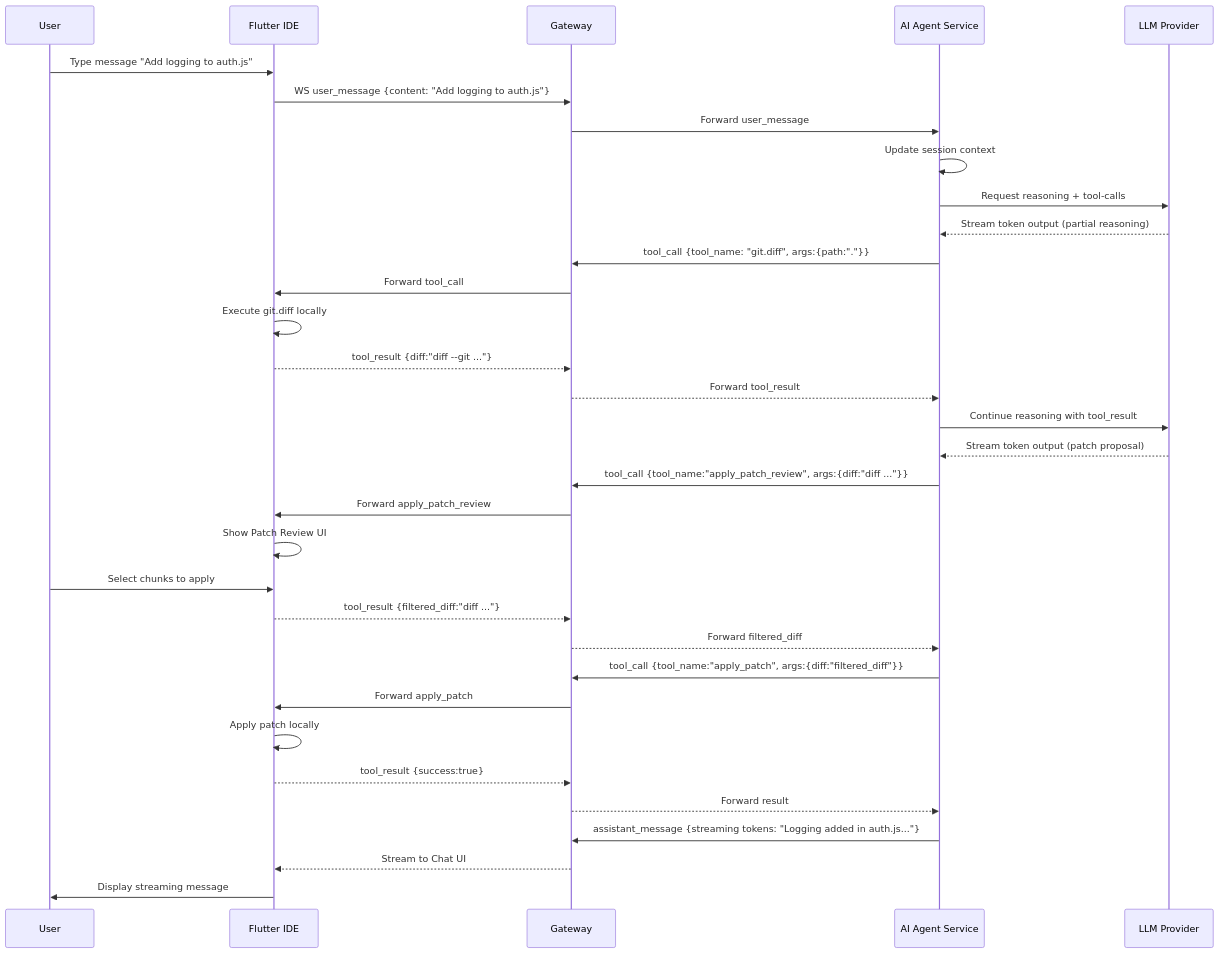
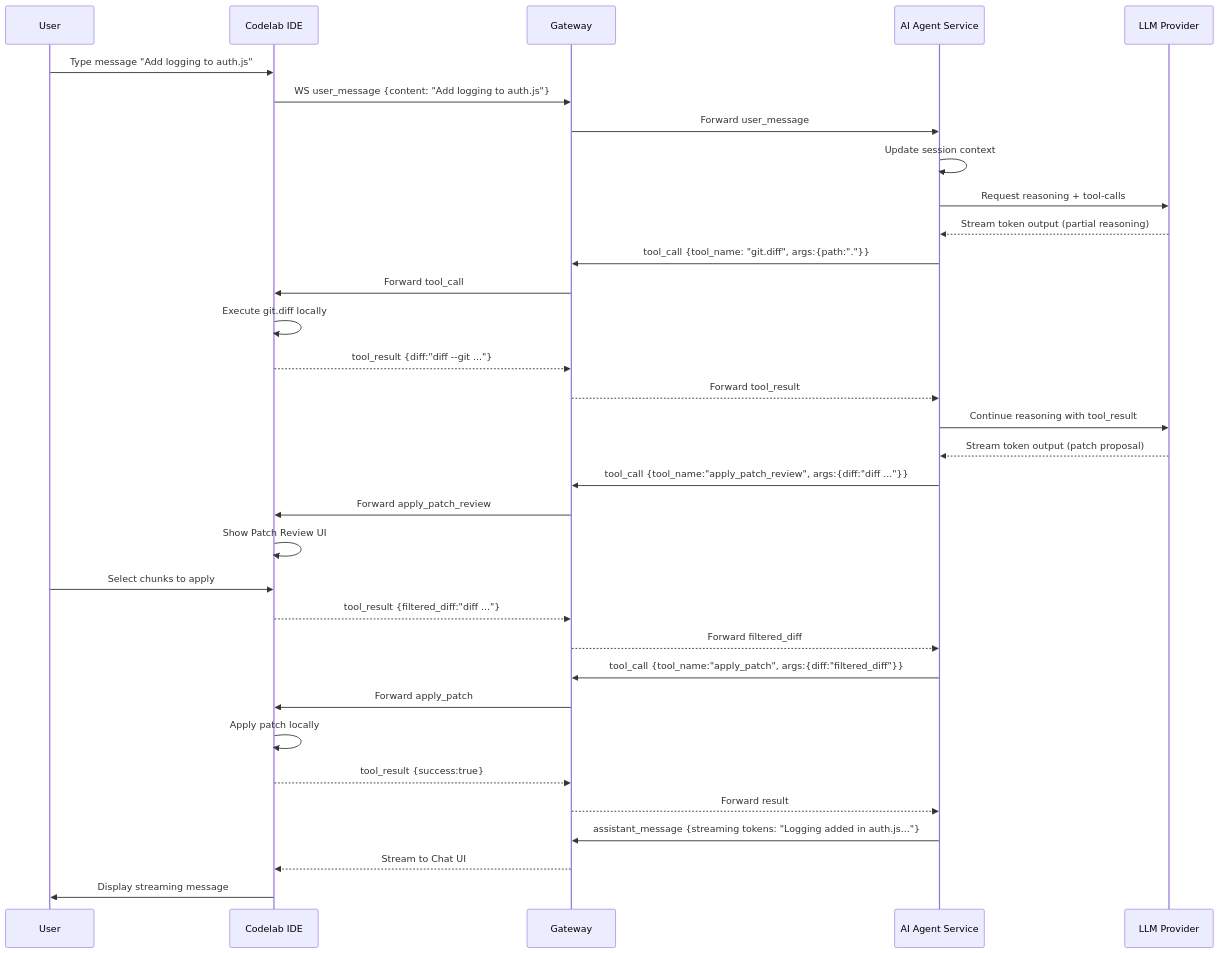
One commit to pese-git/codelab-workspace changed the diagram in doc/poc/sequence-diagram-poc.md. Above: the diagram before and after it, drawn with Mermaid. The commit also changed other lines of this file and 7 other files, not shown here.

First line of the commit message:
feat: add initial Proof of Concept architecture documentation

````diff
--- a/doc/poc/sequence-diagram-poc.md
+++ b/doc/poc/sequence-diagram-poc.md
@@ -3,71 +3,71 @@
 ```mermaid
 sequenceDiagram
     participant User
-    participant IDE as Flutter IDE
+    participant IDE as Codelab IDE
     participant GW as Gateway
     participant Agent as AI Agent Service
     participant LLM as LLM Provider
 
     %% ------------------------------
     %% Step 1: User message
     %% ------------------------------
     User->>IDE: Type message "Add logging to auth.js"
     IDE->>GW: WS user_message {content: "Add logging to auth.js"}
 
     %% ------------------------------
     %% Step 2: Gateway → Agent
     %% ------------------------------
     GW->>Agent: Forward user_message
     Agent->>Agent: Update session context
 
     %% ------------------------------
     %% Step 3: Agent → LLM
     %% ------------------------------
     Agent->>LLM: Request reasoning + tool-calls
     LLM-->>Agent: Stream token output (partial reasoning)
 
     %% ------------------------------
     %% Step 4: LLM proposes tool-call
     %% ------------------------------
     Agent->>GW: tool_call {tool_name: "git.diff", args:{path:"."}}
     GW->>IDE: Forward tool_call
 
     %% ------------------------------
     %% Step 5: IDE executes tool
     %% ------------------------------
     IDE->>IDE: Execute git.diff locally
     IDE-->>GW: tool_result {diff:"diff --git ..."}
     GW-->>Agent: Forward tool_result
 
     %% ------------------------------
     %% Step 6: Agent continues reasoning
     %% ------------------------------
     Agent->>LLM: Continue reasoning with tool_result
     LLM-->>Agent: Stream token output (patch proposal)
 
     %% ------------------------------
     %% Step 7: Patch Review
     %% ------------------------------
     Agent->>GW: tool_call {tool_name:"apply_patch_review", args:{diff:"diff ..."}}
     GW->>IDE: Forward apply_patch_review
     IDE->>IDE: Show Patch Review UI
     User->>IDE: Select chunks to apply
     IDE-->>GW: tool_result {filtered_diff:"diff ..."}
     GW-->>Agent: Forward filtered_diff
 
     %% ------------------------------
     %% Step 8: Apply Patch
     %% ------------------------------
     Agent->>GW: tool_call {tool_name:"apply_patch", args:{diff:"filtered_diff"}}
     GW->>IDE: Forward apply_patch
     IDE->>IDE: Apply patch locally
     IDE-->>GW: tool_result {success:true}
     GW-->>Agent: Forward result
 
     %% ------------------------------
     %% Step 9: Final message streaming
     %% ------------------------------
     Agent->>GW: assistant_message {streaming tokens: "Logging added in auth.js..."}
     GW-->>IDE: Stream to Chat UI
     IDE->>User: Display streaming message
 ```
````
